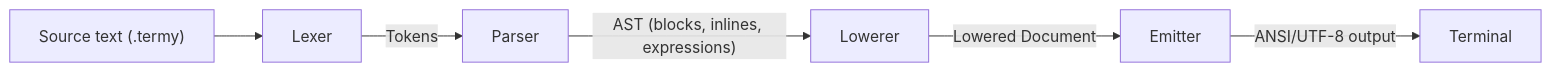
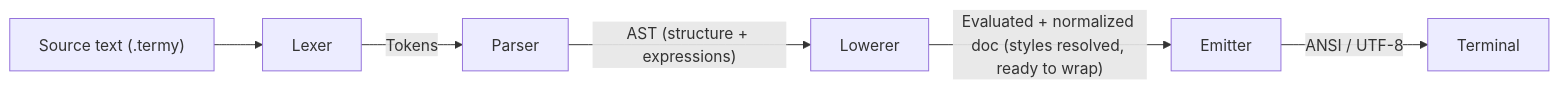
Before and after one commit to RoghanBehm/terminyl: the diagram in README.md, drawn with Mermaid. The commit also changed other lines of this file and 3 other files, not shown here.

````diff
--- a/README.md
+++ b/README.md
@@ -19,8 +19,9 @@
 ```mermaid
 graph LR
     A["Source text (.termy)"] --> B["Lexer"]
     B -->|"Tokens"| C["Parser"]
-    C -->|"AST (blocks, inlines, expressions)"| D["Lowerer"]
-    D -->|"Lowered Document"| E["Emitter"]
-    E -->|"ANSI/UTF-8 output"| F["Terminal"]
+    C -->|"AST (structure + expressions)"| D["Lowerer"]
+    D -->|"Evaluated + normalized doc (styles resolved, ready to wrap)"| E["Emitter"]
+    E -->|"ANSI / UTF-8"| F["Terminal"]
+
 ```
````
